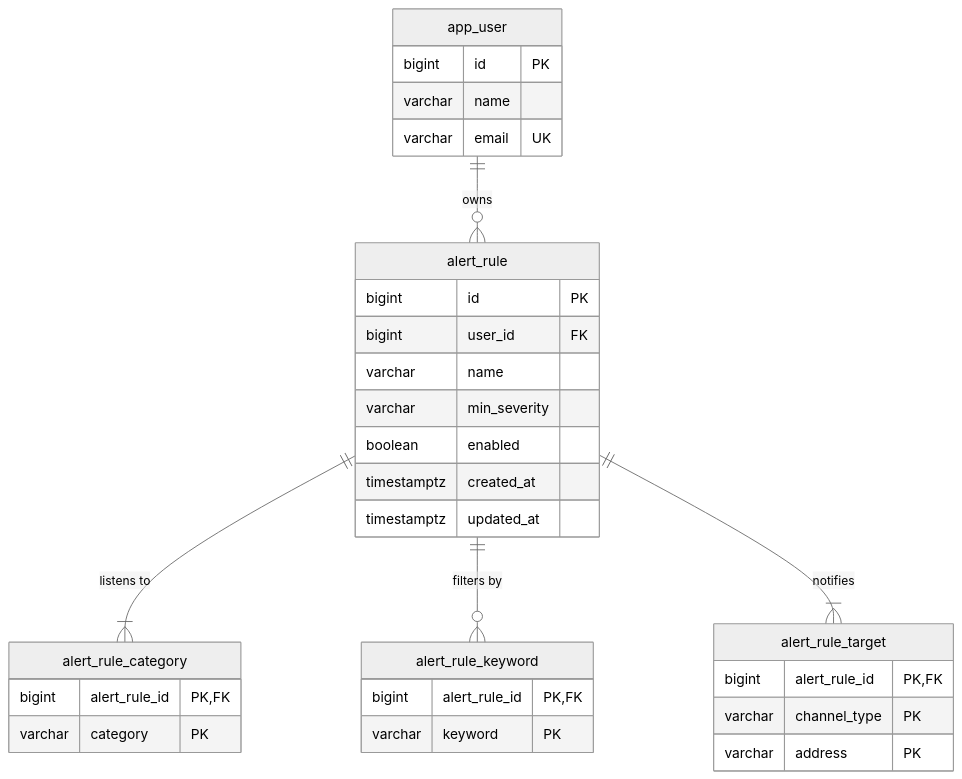
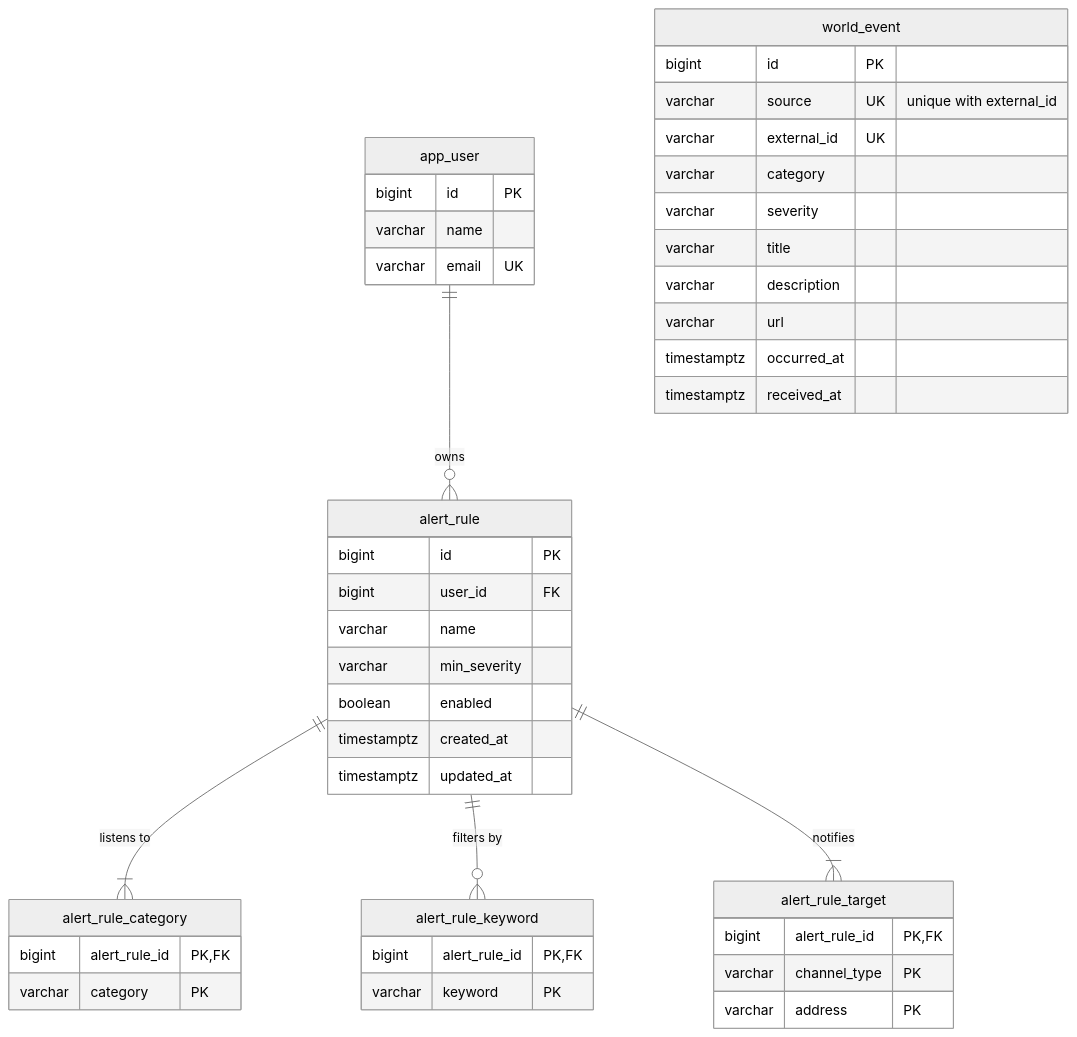
One commit to Kisligi/world-event-alerts changed the second of 2 diagrams in docs/architecture.md. Above: the diagram before and after it, drawn with Mermaid (neutral theme). The commit also changed other lines of this file and 41 other files, not shown here.

````diff
--- a/docs/architecture.md
+++ b/docs/architecture.md
@@ -93,34 +110,46 @@
 ```mermaid
 erDiagram
     app_user ||--o{ alert_rule : owns
     alert_rule ||--|{ alert_rule_category : "listens to"
     alert_rule ||--o{ alert_rule_keyword : "filters by"
     alert_rule ||--|{ alert_rule_target : notifies
     app_user {
         bigint id PK
         varchar name
         varchar email UK
     }
     alert_rule {
         bigint id PK
         bigint user_id FK
         varchar name
         varchar min_severity
         boolean enabled
         timestamptz created_at
         timestamptz updated_at
     }
     alert_rule_category {
         bigint alert_rule_id PK, FK
         varchar category PK
     }
     alert_rule_keyword {
         bigint alert_rule_id PK, FK
         varchar keyword PK
     }
     alert_rule_target {
         bigint alert_rule_id PK, FK
         varchar channel_type PK
         varchar address PK
     }
+    world_event {
+        bigint id PK
+        varchar source UK "unique with external_id"
+        varchar external_id UK
+        varchar category
+        varchar severity
+        varchar title
+        varchar description
+        varchar url
+        timestamptz occurred_at
+        timestamptz received_at
+    }
 ```
````
